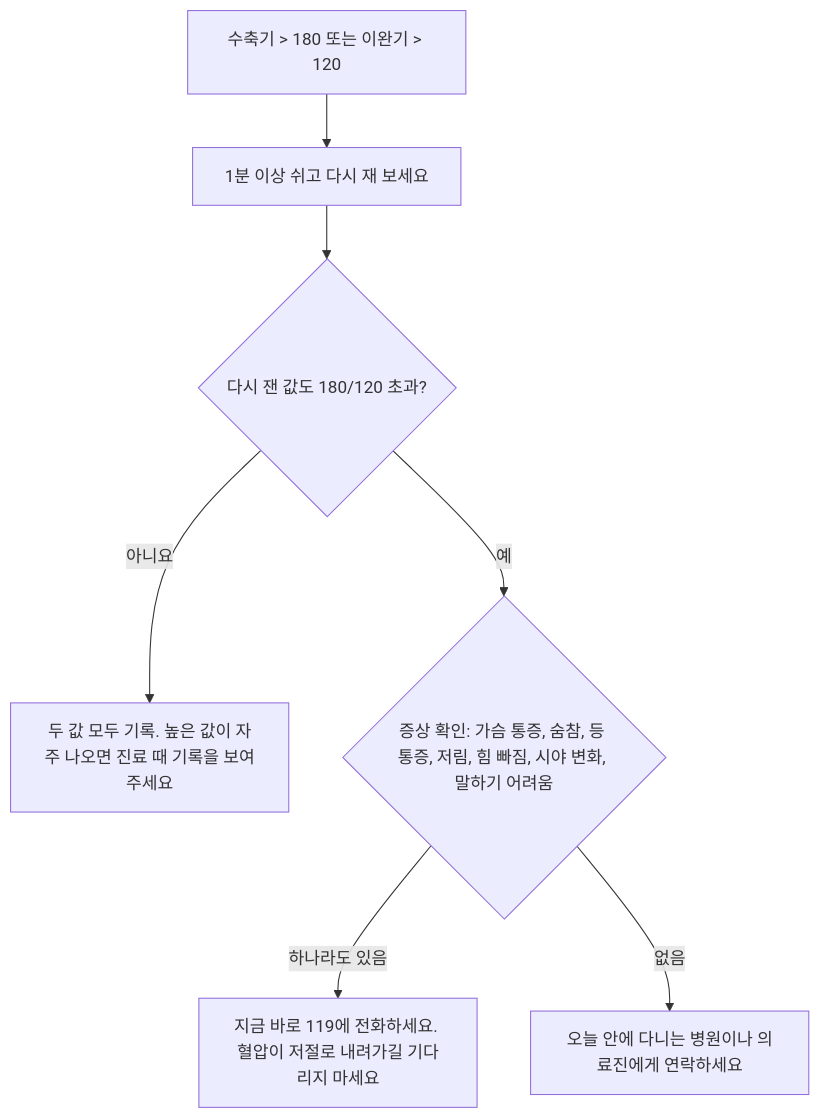
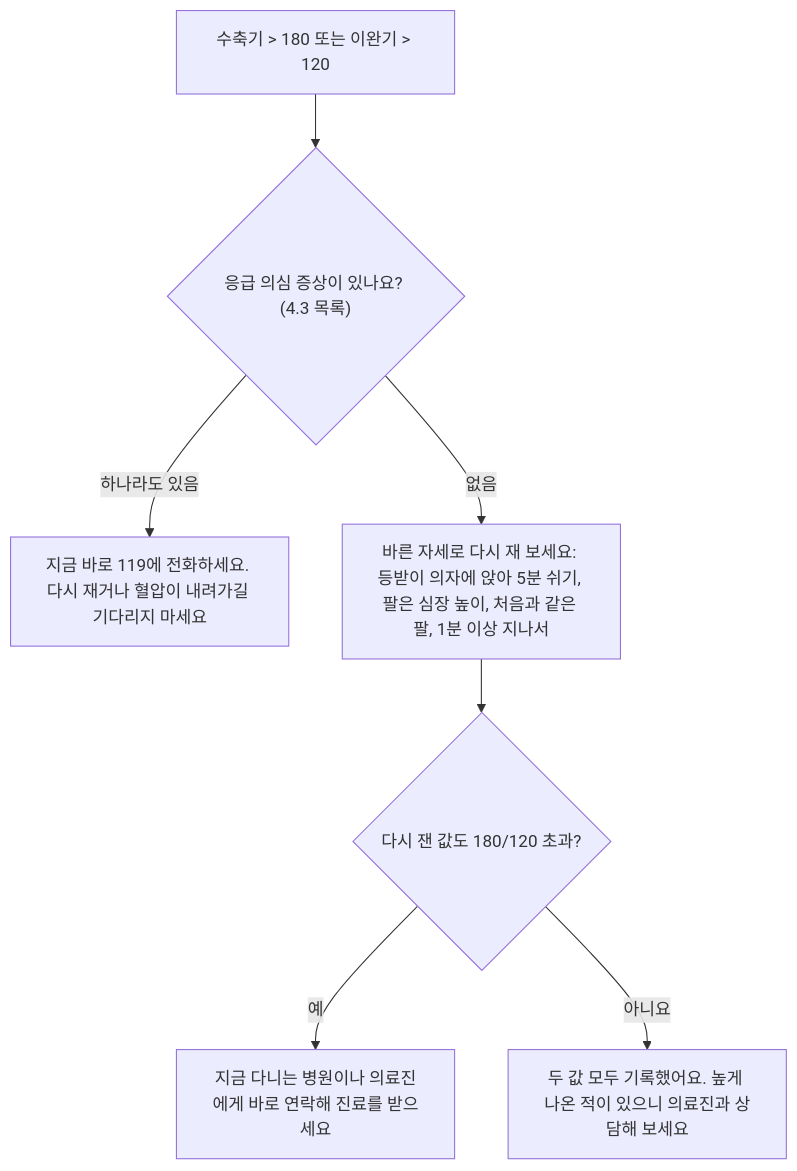
The third of 3 diagrams in docs/planning/WELLOOP_챌린지설계_v0.1.md (AI-HealthCare-07/welloop), drawn with Mermaid before and after one commit. The commit also changed other lines of this file, not shown here.

````diff
--- a/docs/planning/WELLOOP_챌린지설계_v0.1.md
+++ b/docs/planning/WELLOOP_챌린지설계_v0.1.md
@@ -607,9 +635,9 @@
   ```mermaid
   flowchart TD
-      A["수축기 > 180 또는 이완기 > 120"] --> B["1분 이상 쉬고 다시 재 보세요"]
-      B --> C{"다시 잰 값도 180/120 초과?"}
-      C -->|아니요| D["두 값 모두 기록. 높은 값이 자주 나오면 진료 때 기록을 보여주세요"]
-      C -->|예| E{"증상 확인: 가슴 통증, 숨참, 등 통증, 저림, 힘 빠짐, 시야 변화, 말하기 어려움"}
-      E -->|하나라도 있음| F["지금 바로 119에 전화하세요. 혈압이 저절로 내려가길 기다리지 마세요"]
-      E -->|없음| G["오늘 안에 다니는 병원이나 의료진에게 연락하세요"]
+      A["수축기 > 180 또는 이완기 > 120"] --> B{"응급 의심 증상이 있나요? (4.3 목록)"}
+      B -->|하나라도 있음| C["지금 바로 119에 전화하세요. 다시 재거나 혈압이 내려가길 기다리지 마세요"]
+      B -->|없음| D["바른 자세로 다시 재 보세요: 등받이 의자에 앉아 5분 쉬기, 팔은 심장 높이, 처음과 같은 팔, 1분 이상 지나서"]
+      D --> E{"다시 잰 값도 180/120 초과?"}
+      E -->|예| F["지금 다니는 병원이나 의료진에게 바로 연락해 진료를 받으세요"]
+      E -->|아니요| G["두 값 모두 기록했어요. 높게 나온 적이 있으니 의료진과 상담해 보세요"]
   ```
````
